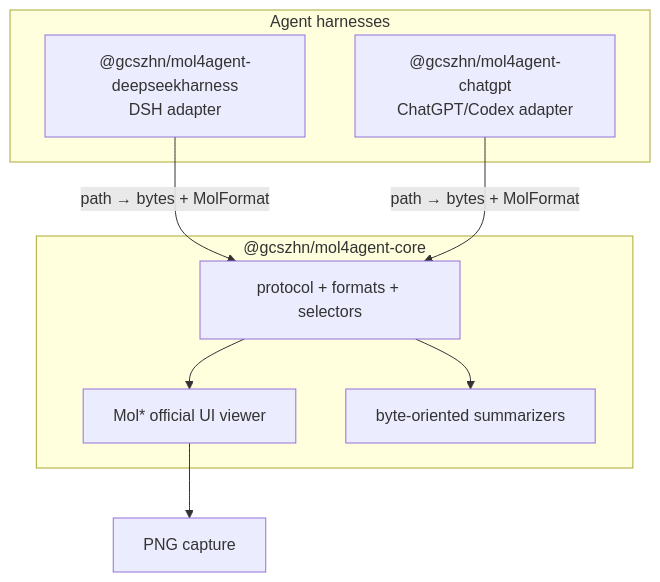
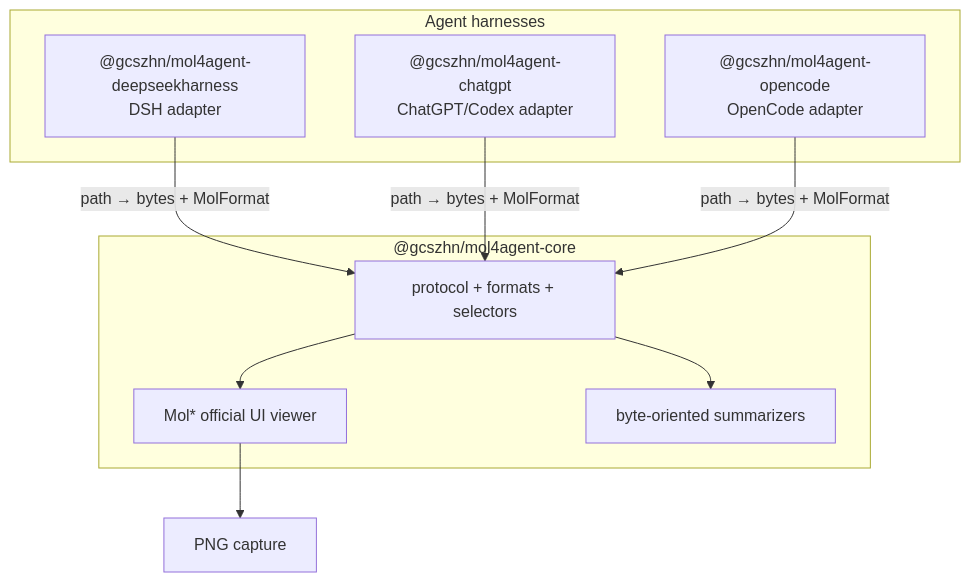
One commit to GCS-ZHN/mol4agent changed the diagram in README.md. Above: the diagram before and after it, drawn with Mermaid. The commit also changed other lines of this file and 24 other files, not shown here.

First line of the commit message:
feat: add OpenCode 2 adapter package

````diff
--- a/README.md
+++ b/README.md
@@ -21,19 +21,21 @@
 ```mermaid
 flowchart TB
   subgraph Harnesses["Agent harnesses"]
     DSH["@gcszhn/mol4agent-deepseekharness<br/>DSH adapter"]
     OA["@gcszhn/mol4agent-chatgpt<br/>ChatGPT/Codex adapter"]
+    OC["@gcszhn/mol4agent-opencode<br/>OpenCode adapter"]
   end
 
   subgraph Core["@gcszhn/mol4agent-core"]
     Proto["protocol + formats + selectors"]
     Viewer["Mol* official UI viewer"]
     Parse["byte-oriented summarizers"]
   end
 
   DSH -->|"path → bytes + MolFormat"| Proto
   OA -->|"path → bytes + MolFormat"| Proto
+  OC -->|"path → bytes + MolFormat"| Proto
   Proto --> Viewer
   Proto --> Parse
   Viewer --> Capture["PNG capture"]
 ```
````
